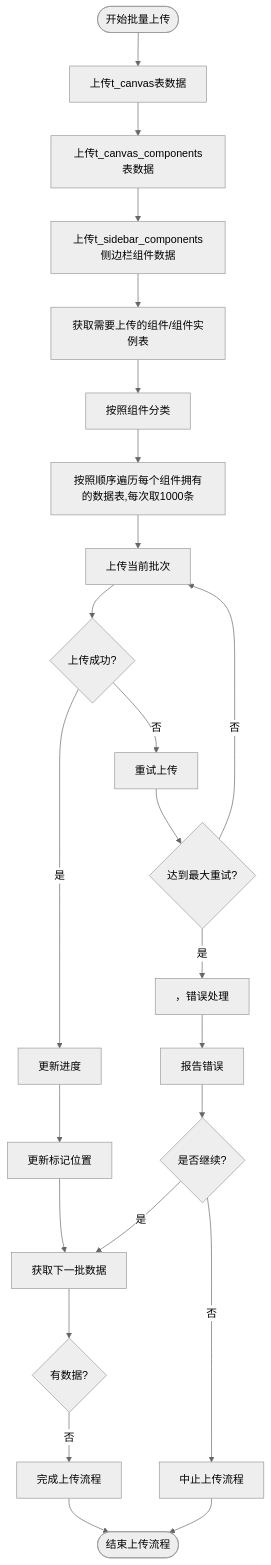
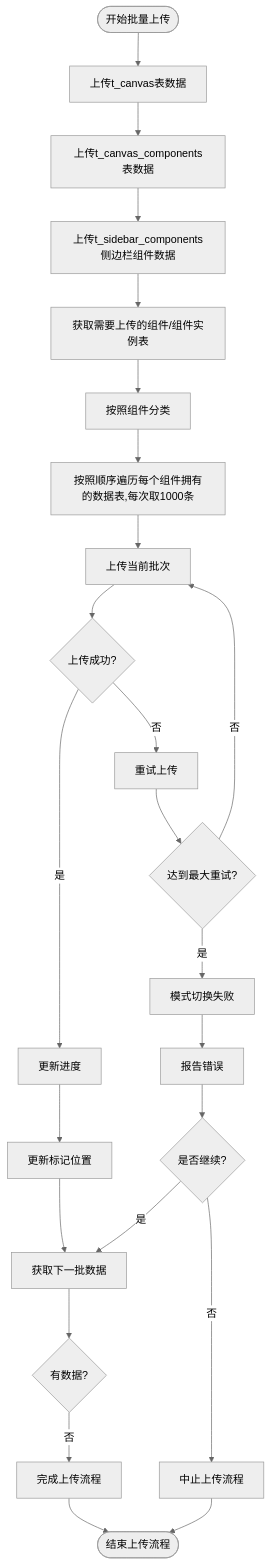
The diagram in all/未命名-51.md (yingjianzh/iodraw-files), drawn with Mermaid (neutral theme) before and after one commit.

Commit message:
2025-05-08 17:34:17 update

````diff
--- a/all/未命名-51.md
+++ b/all/未命名-51.md
@@ -1,35 +1,35 @@
 ```mermaid
 flowchart TD
     Start([开始批量上传]) --> UploadSpaceData[上传t_canvas表数据]
     UploadSpaceData --> UploadComponentListData[上传t_canvas_components表数据]
     UploadComponentListData --> UploadSiderComponent[上传t_sidebar_components侧边栏组件数据]
     UploadSiderComponent --> FetchData[获取需要上传的组件/组件实例表]
     FetchData --> ClassifyData[按照组件分类]
     ClassifyData --> UploadData[按照顺序遍历每个组件拥有的数据表,每次取1000条]
     UploadData --> UploadBatch[上传当前批次]
     
     UpdateProgress --> UpdateMarker[更新标记位置]
     UpdateMarker --> FetchNextBatch[获取下一批数据]
     
     FetchNextBatch --> CheckResults{有数据?}
     CheckResults -->|否| CompleteUpload[完成上传流程]
      
     
     UploadBatch --> UploadSuccess{上传成功?}
     UploadSuccess -->|是| UpdateProgress[更新进度]
     UploadSuccess -->|否| RetryUpload[重试上传]
     
     RetryUpload --> MaxRetries{达到最大重试?}
     MaxRetries -->|否| UploadBatch
-    MaxRetries -->|是| ErrorHandling[，错误处理]
+    MaxRetries -->|是| ErrorHandling[模式切换失败]
     
     ErrorHandling --> ReportError[报告错误]
     ReportError --> ContinueOption{是否继续?}
     ContinueOption -->|是| FetchNextBatch
     ContinueOption -->|否| AbortProcess[中止上传流程]
     
     
     
     CompleteUpload --> End([结束上传流程])
     AbortProcess --> End
 ```
````
